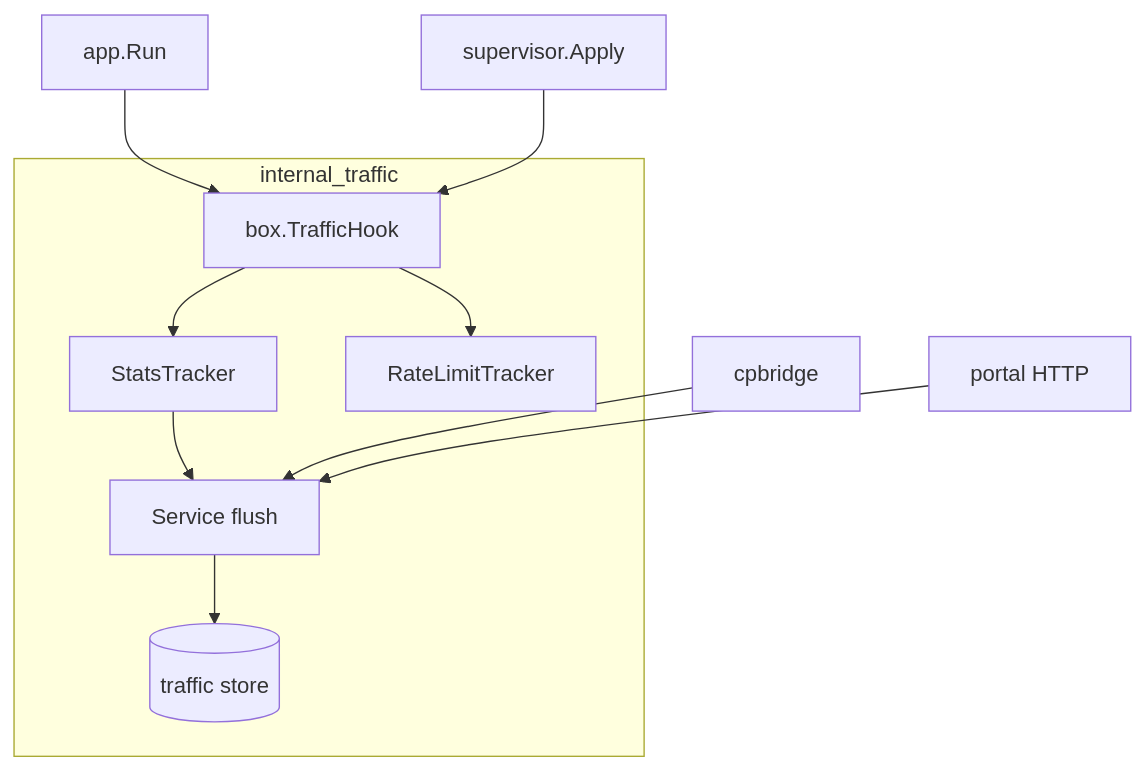
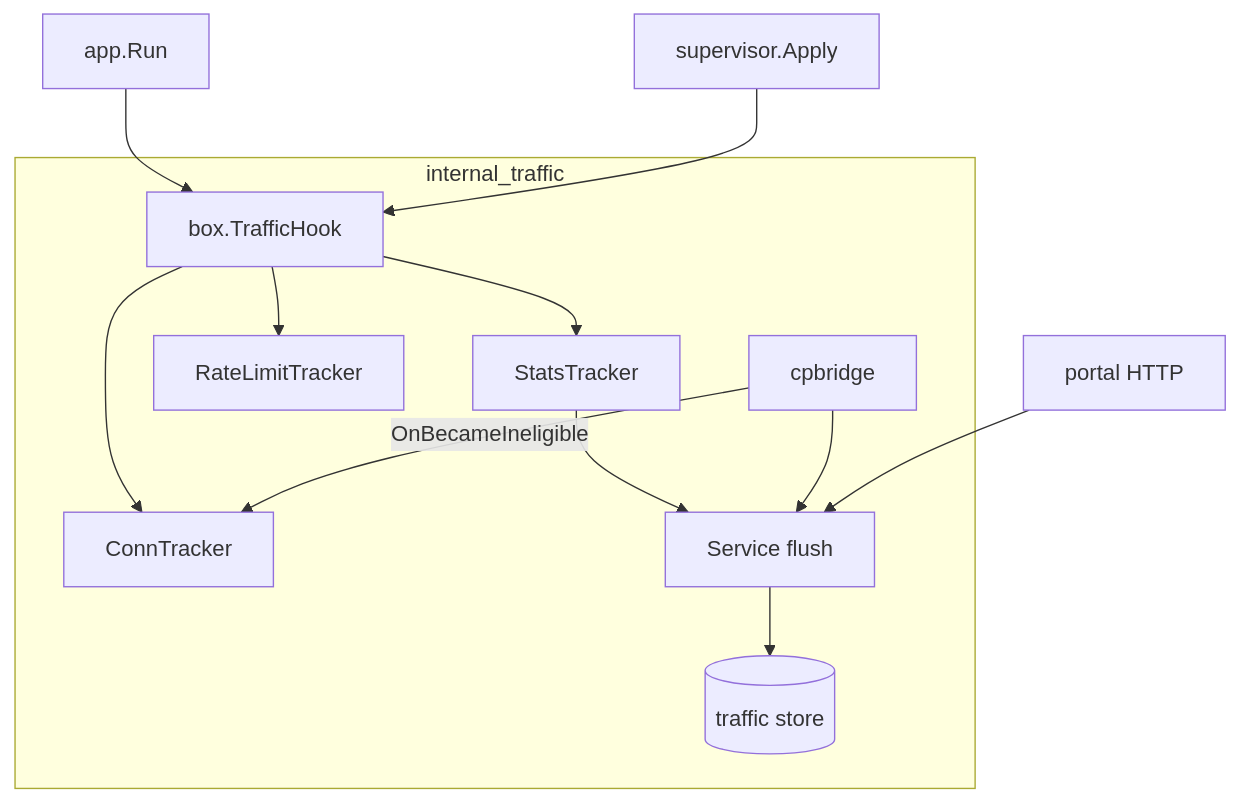
Before and after one commit to ne-tort/sing-box-subserver: the diagram in docs/traffic/03-architecture.md, drawn with Mermaid. The commit also changed other lines of this file and 58 other files, not shown here.

````diff
--- a/docs/traffic/03-architecture.md
+++ b/docs/traffic/03-architecture.md
@@ -3,17 +3,20 @@
 ```mermaid
 flowchart TB
   subgraph trafficMod [internal_traffic]
     Hook[box.TrafficHook]
     ST[StatsTracker]
     RL[RateLimitTracker]
+    CT[ConnTracker]
     Svc[Service flush]
     Store[(traffic store)]
     Hook --> ST
     Hook --> RL
+    Hook --> CT
     ST --> Svc --> Store
+    CP[cpbridge] -->|OnBecameIneligible| CT
   end
   App[app.Run] --> Hook
   Sup[supervisor.Apply] --> Hook
-  CP[cpbridge] --> Svc
+  CP --> Svc
   API[portal HTTP] --> Svc
 ```
````
